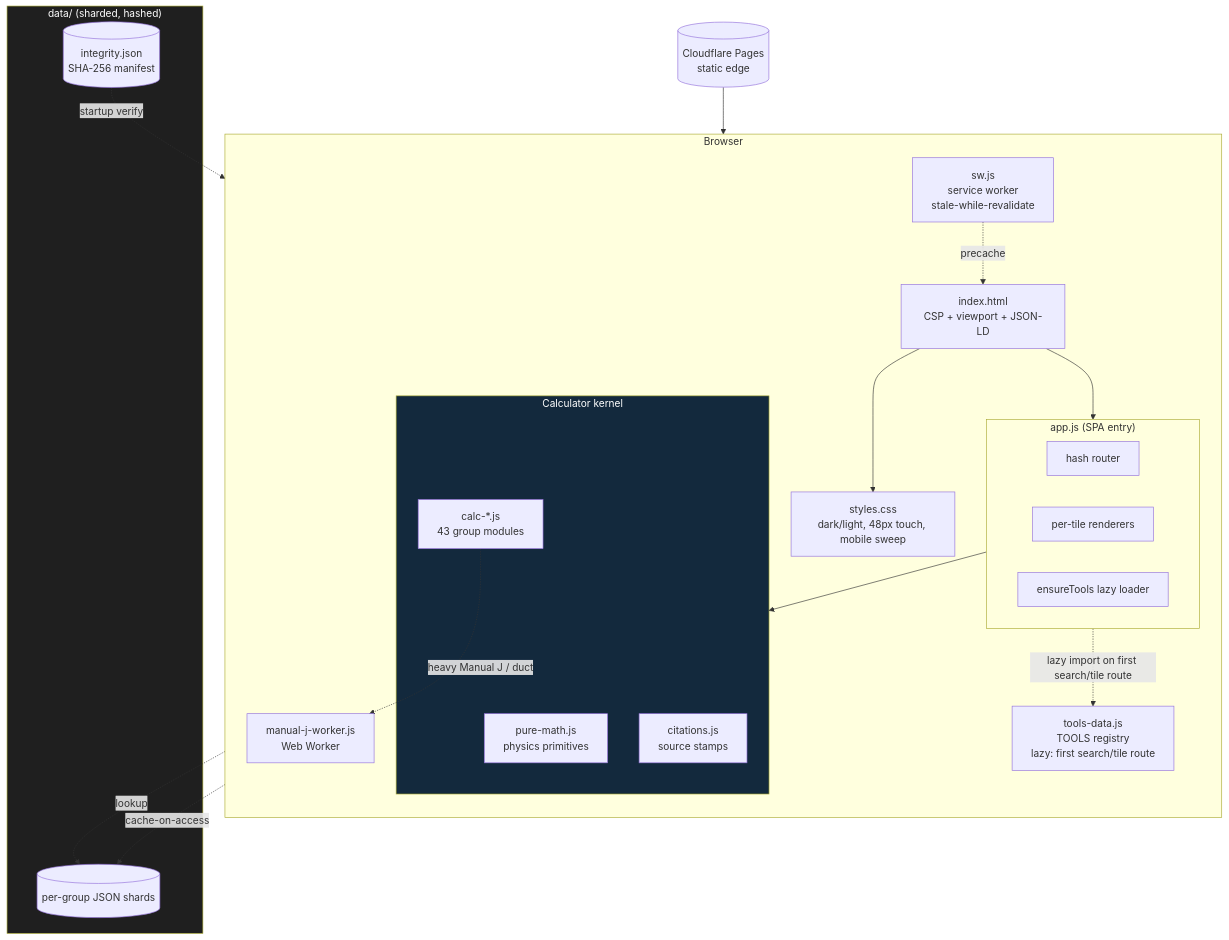
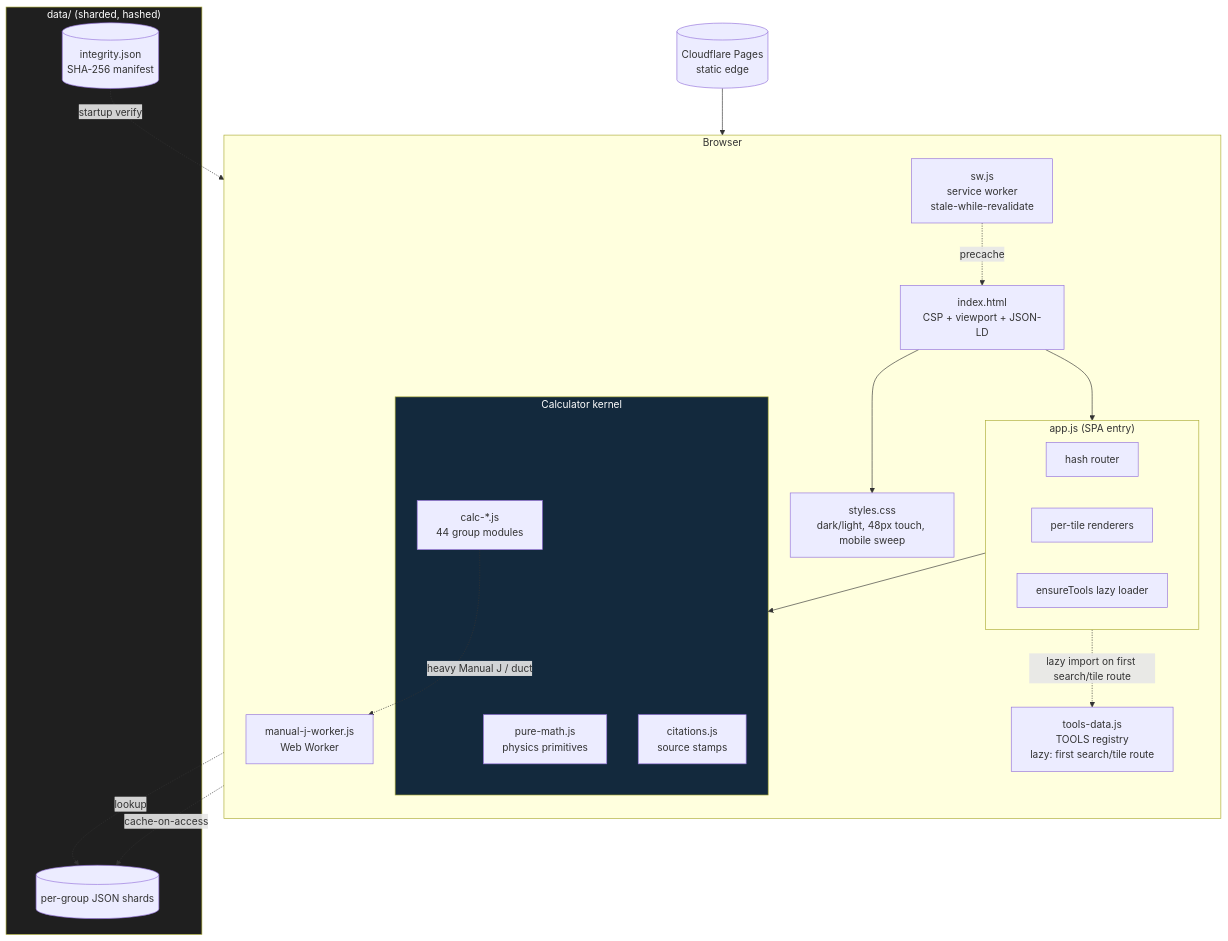
Before and after one commit to clay-good/roughlogic.com: the second of 8 diagrams in README.md, drawn with Mermaid. The commit also changed other lines of this file and 16 other files, not shown here.

````diff
--- a/README.md
+++ b/README.md
@@ -77,39 +77,39 @@
 ```mermaid
 flowchart TB
     subgraph Browser
         direction TB
         HTML[index.html\nCSP + viewport + JSON-LD]
         CSS[styles.css\ndark/light, 48px touch, mobile sweep]
         subgraph App["app.js (SPA entry)"]
             ROUTE[hash router]
             RENDER[per-tile renderers]
             ENSURE[ensureTools lazy loader]
         end
         TOOLS[tools-data.js\nTOOLS registry\nlazy: first search/tile route]
         subgraph Calc["Calculator kernel"]
             PM[pure-math.js\nphysics primitives]
-            CALC[calc-*.js\n43 group modules]
+            CALC[calc-*.js\n44 group modules]
             CIT[citations.js\nsource stamps]
         end
         SW[sw.js\nservice worker\nstale-while-revalidate]
         WORKER[manual-j-worker.js\nWeb Worker]
     end
     subgraph Data["data/ (sharded, hashed)"]
         SHARDS[(per-group JSON shards)]
         INTEG[(integrity.json\nSHA-256 manifest)]
     end
     CDN[(Cloudflare Pages\nstatic edge)]
 
     CDN --> HTML
     HTML --> CSS
     HTML --> App
     App -.lazy import on first search/tile route.-> TOOLS
     App --> Calc
     CALC -.->|heavy Manual J / duct| WORKER
     CALC -.->|lookup| SHARDS
     SW -.precache.-> HTML
     SW -.cache-on-access.-> SHARDS
     INTEG -.startup verify.-> App
     style Calc fill:#13293d,color:#fff
     style Data fill:#1f1f1f,color:#fff
 ```
````
